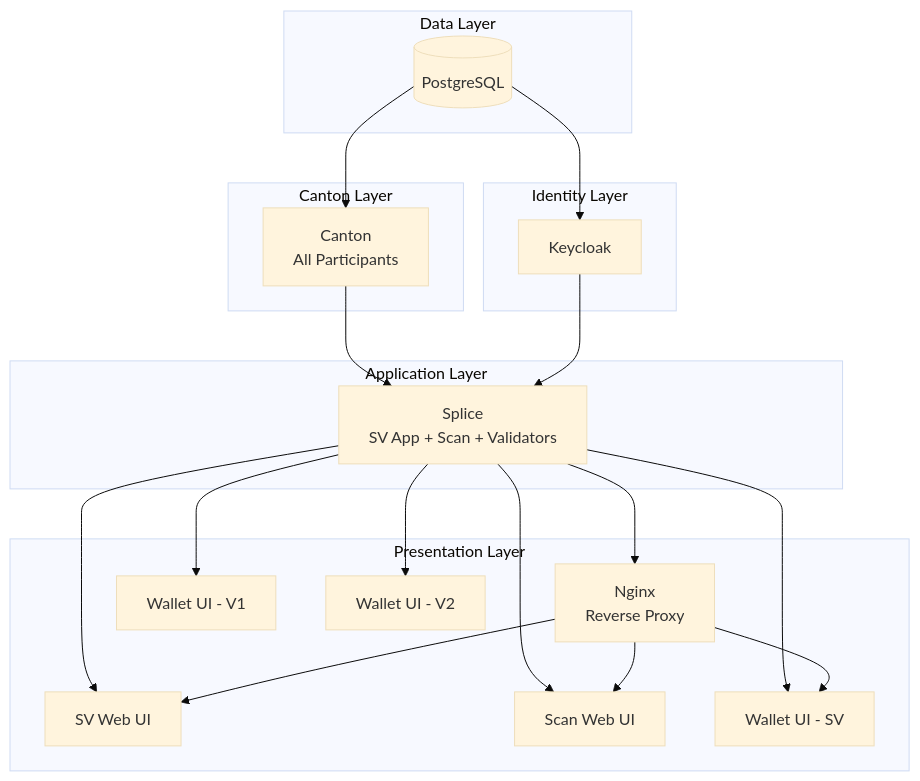
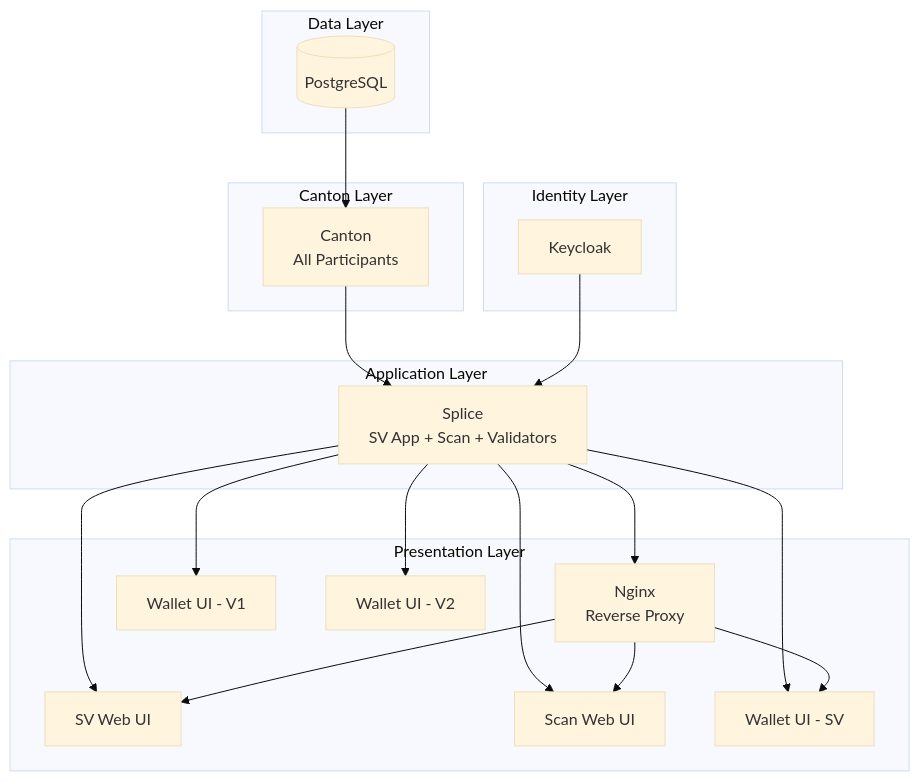
Before and after one commit to denex-io/denex-network-manager: the first of 7 diagrams in site/src/content/docs/how-it-works/architecture.md, drawn with Mermaid (base theme). The commit also changed other lines of this file and 14 other files, not shown here.

````diff
--- a/site/src/content/docs/how-it-works/architecture.md
+++ b/site/src/content/docs/how-it-works/architecture.md
@@ -98,41 +98,40 @@
 ```mermaid
 graph TB
     subgraph "Data Layer"
         postgres[(PostgreSQL)]
     end
     
     subgraph "Identity Layer"
         keycloak[Keycloak]
     end
     
     subgraph "Canton Layer"
         canton[Canton<br/>All Participants]
     end
     
     subgraph "Application Layer"
         splice[Splice<br/>SV App + Scan + Validators]
     end
     
     subgraph "Presentation Layer"
         nginx[Nginx<br/>Reverse Proxy]
         sv-web-ui[SV Web UI]
         scan-web-ui[Scan Web UI]
         wallet-sv[Wallet UI - SV]
         wallet-v1[Wallet UI - V1]
         wallet-v2[Wallet UI - V2]
     end
     
     postgres --> canton
-    postgres --> keycloak
     canton --> splice
     keycloak --> splice
     splice --> nginx
     splice --> sv-web-ui
     splice --> scan-web-ui
     splice --> wallet-sv
     splice --> wallet-v1
     splice --> wallet-v2
     nginx --> sv-web-ui
     nginx --> scan-web-ui
     nginx --> wallet-sv
 ```
````
